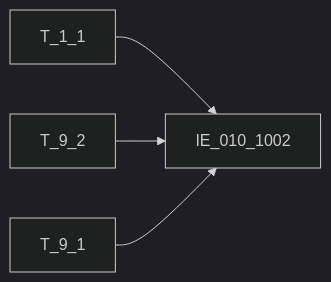
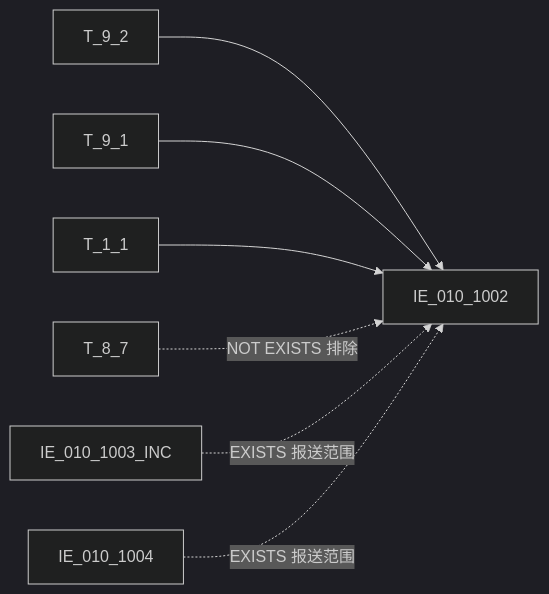
Before and after one commit to zhoujk1989-arch/Obsidian: the diagram in regulatory-data-lab/知识库/血缘/EAST5.0系统/血缘-IE_010_1002-金融工具信息表-EAST5.0系统.md, drawn with Mermaid (dark theme). The commit also changed other lines of this file and 93 other files, not shown here.

````diff
--- a/regulatory-data-lab/知识库/血缘/EAST5.0系统/血缘-IE_010_1002-金融工具信息表-EAST5.0系统.md
+++ b/regulatory-data-lab/知识库/血缘/EAST5.0系统/血缘-IE_010_1002-金融工具信息表-EAST5.0系统.md
@@ -102,6 +113,9 @@
 ```mermaid
 flowchart LR
-    S1["T_1_1"] --> T["IE_010_1002"]
-    S2["T_9_2"] --> T["IE_010_1002"]
-    S3["T_9_1"] --> T["IE_010_1002"]
+    S1["T_9_2"] --> T["IE_010_1002"]
+    S2["T_9_1"] --> T
+    S3["T_1_1"] --> T
+    S4["T_8_7"] -. "NOT EXISTS 排除" .-> T
+    S5["IE_010_1003_INC"] -. "EXISTS 报送范围" .-> T
+    S6["IE_010_1004"] -. "EXISTS 报送范围" .-> T
 ```
````
